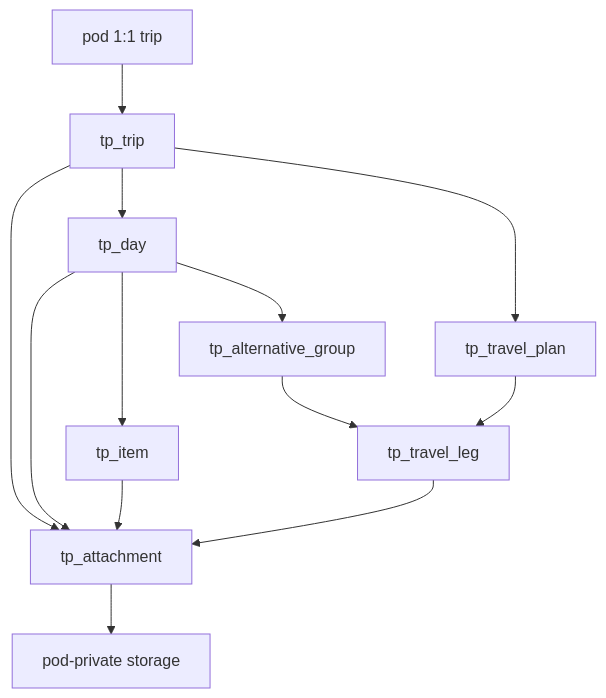
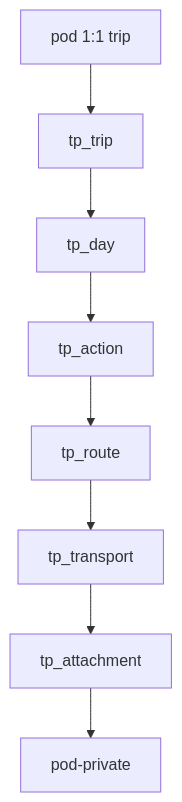
The diagram in plan/feature/trip-planning.md (CoolColdUK/simpleOutcomeDev), drawn with Mermaid before and after one commit. The commit also changed other lines of this file, not shown here.

Commit message:
docs(trip-planning): day→action→route→transport model, transport-only attachments

````diff
--- a/plan/feature/trip-planning.md
+++ b/plan/feature/trip-planning.md
@@ -249,24 +221,18 @@
 ```mermaid
 flowchart TB
   pod[pod 1:1 trip]
   trip[tp_trip]
   day[tp_day]
-  item[tp_item]
-  ag[tp_alternative_group]
-  leg[tp_travel_leg]
-  plan[tp_travel_plan]
+  act[tp_action]
+  route[tp_route]
+  tr[tp_transport]
   att[tp_attachment]
-  store[pod-private storage]
+  store[pod-private]
   pod --> trip
   trip --> day
-  trip --> plan
-  day --> item
-  day --> ag
-  ag --> leg
-  plan --> leg
-  trip --> att
-  day --> att
-  item --> att
-  leg --> att
+  day --> act
+  act --> route
+  route --> tr
+  tr --> att
   att --> store
 ```
````
